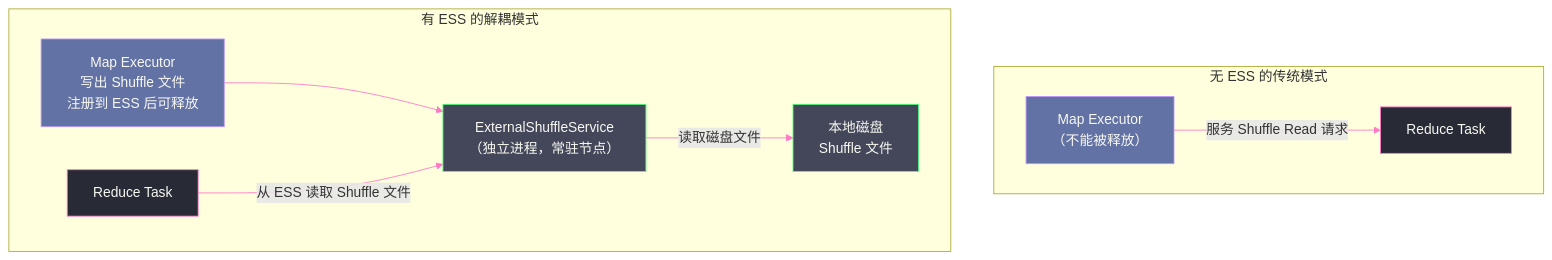
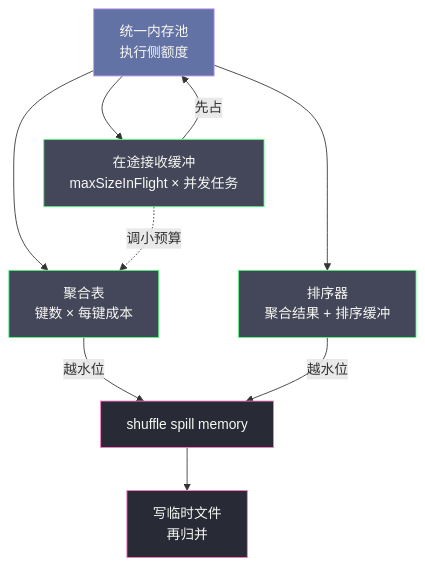
The third of 5 diagrams in content/大数据/Spark/Spark-Shuffle与内存管理机制深度解析/05 Shuffle Read 深度解剖：拉取、聚合与排序.md (hpliStartAgain/my-brain), drawn with Mermaid before and after one commit. The commit also changed other lines of this file and 455 other files, not shown here.

````diff
--- a/content/大数据/Spark/Spark-Shuffle与内存管理机制深度解析/05 Shuffle Read 深度解剖：拉取、聚合与排序.md
+++ b/content/大数据/Spark/Spark-Shuffle与内存管理机制深度解析/05 Shuffle Read 深度解剖：拉取、聚合与排序.md
@@ -299,21 +175,18 @@
 ```mermaid
-%%{init: {"theme": "dracula", "themeVariables": {"primaryColor": "#6272a4", "primaryTextColor": "#f8f8f2", "primaryBorderColor": "#bd93f9", "lineColor": "#ff79c6", "secondaryColor": "#44475a", "tertiaryColor": "#282a36"}}}%%
-graph TD
-    subgraph "无 ESS 的传统模式"
-        MT1["Map Executor</br>（不能被释放）"] -- "服务 Shuffle Read 请求" --> RT1["Reduce Task"]
-    end
-
-    subgraph "有 ESS 的解耦模式"
-        MT2["Map Executor</br>写出 Shuffle 文件</br>注册到 ESS 后可释放"] --> ESS["ExternalShuffleService</br>（独立进程，常驻节点）"]
-        RT2["Reduce Task"] -- "从 ESS 读取 Shuffle 文件" --> ESS
-        ESS -- "读取磁盘文件" --> DISK["本地磁盘</br>Shuffle 文件"]
-    end
-
-    classDef exec fill:#6272a4,stroke:#bd93f9,color:#f8f8f2
-    classDef ess fill:#44475a,stroke:#50fa7b,color:#f8f8f2
-    classDef rt fill:#282a36,stroke:#ff79c6,color:#f8f8f2
-
-    class MT1,MT2 exec
-    class ESS,DISK ess
-    class RT1,RT2 rt
+%%{init: {'theme': 'dracula'}}%%
+flowchart TD
+    P["统一内存池<br/>执行侧额度"] --> R["在途接收缓冲<br/>maxSizeInFlight × 并发任务"]
+    P --> S["聚合表<br/>键数 × 每键成本"]
+    P --> T["排序器<br/>聚合结果 + 排序缓冲"]
+    R -->|"先占"| P
+    S -->|"越水位"| U["shuffle spill memory"]
+    T -->|"越水位"| U
+    U --> V["写临时文件<br/>再归并"]
+    R -.->|"调小预算"| S
+    classDef pool fill:#6272a4,stroke:#bd93f9,color:#f8f8f2
+    classDef consumer fill:#44475a,stroke:#50fa7b,color:#f8f8f2
+    classDef bad fill:#282a36,stroke:#ff79c6,color:#f8f8f2
+    class P pool
+    class R,S,T consumer
+    class U,V bad
 ```
````
